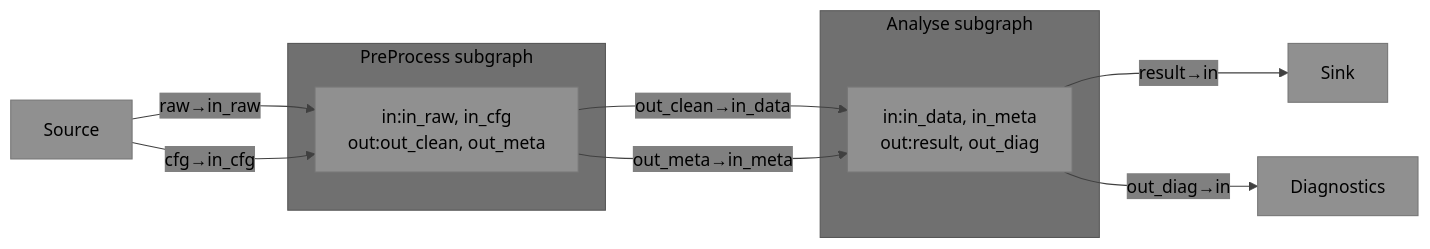
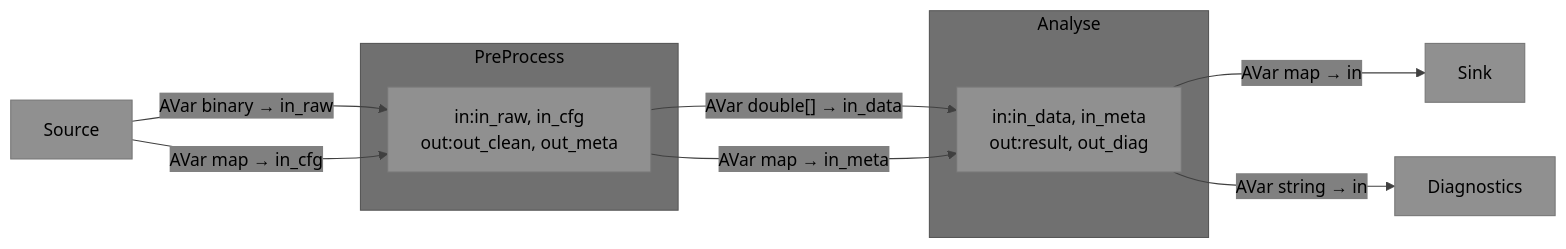
One commit to visionik/anyflux changed diagram 11 of 11 in docs/api.md. Above: the diagram before and after it, drawn with Mermaid. The commit also changed other lines of this file, not shown here.

Commit message:
docs: restructure examples — native-first (5.1-5.3), AVar introduced in 5.4

````diff
--- a/docs/api.md
+++ b/docs/api.md
@@ -590,16 +682,16 @@
 ```mermaid
 %%{init: {'theme': 'base', 'themeVariables': { 'primaryColor': '#909090', 'secondaryColor': '#808080', 'tertiaryColor': '#707070', 'primaryTextColor': '#000000', 'secondaryTextColor': '#000000', 'tertiaryTextColor': '#000000', 'noteTextColor': '#000000', 'lineColor': '#404040' }}}%%
 graph LR
-    SRC[Source] -->|"raw→in_raw"| SUB1
-    SRC -->|"cfg→in_cfg"| SUB1
-    subgraph "PreProcess subgraph"
+    SRC[Source] -->|"AVar binary → in_raw"| SUB1
+    SRC -->|"AVar map → in_cfg"| SUB1
+    subgraph "PreProcess"
         SUB1["in:in_raw, in_cfg\nout:out_clean, out_meta"]
     end
-    SUB1 -->|"out_clean→in_data"| SUB2
-    SUB1 -->|"out_meta→in_meta"| SUB2
-    subgraph "Analyse subgraph"
+    SUB1 -->|"AVar double[] → in_data"| SUB2
+    SUB1 -->|"AVar map → in_meta"| SUB2
+    subgraph "Analyse"
         SUB2["in:in_data, in_meta\nout:result, out_diag"]
     end
-    SUB2 -->|"result→in"| SINK[Sink]
-    SUB2 -->|"out_diag→in"| DIAG[Diagnostics]
+    SUB2 -->|"AVar map → in"| SINK[Sink]
+    SUB2 -->|"AVar string → in"| DIAG[Diagnostics]
 ```
````
